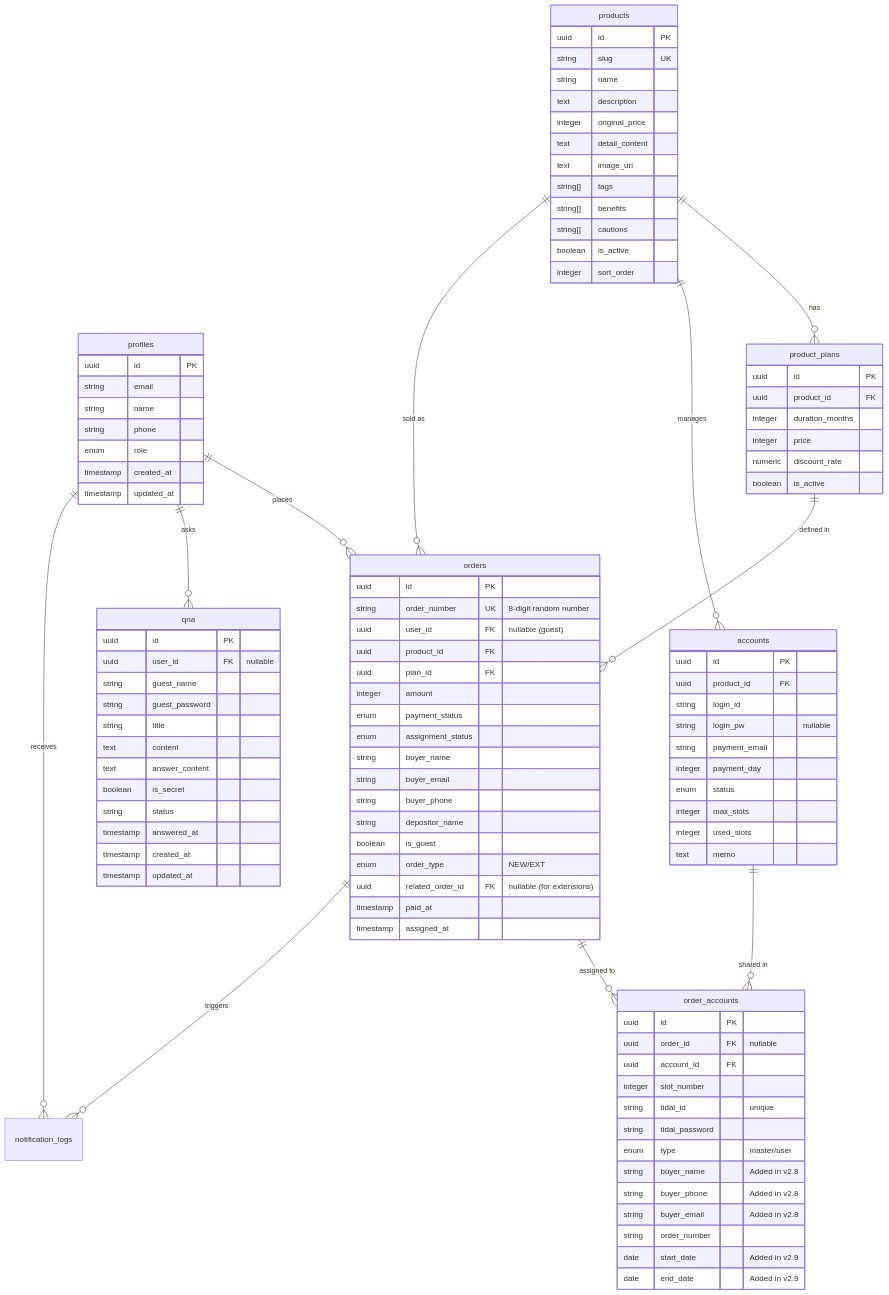
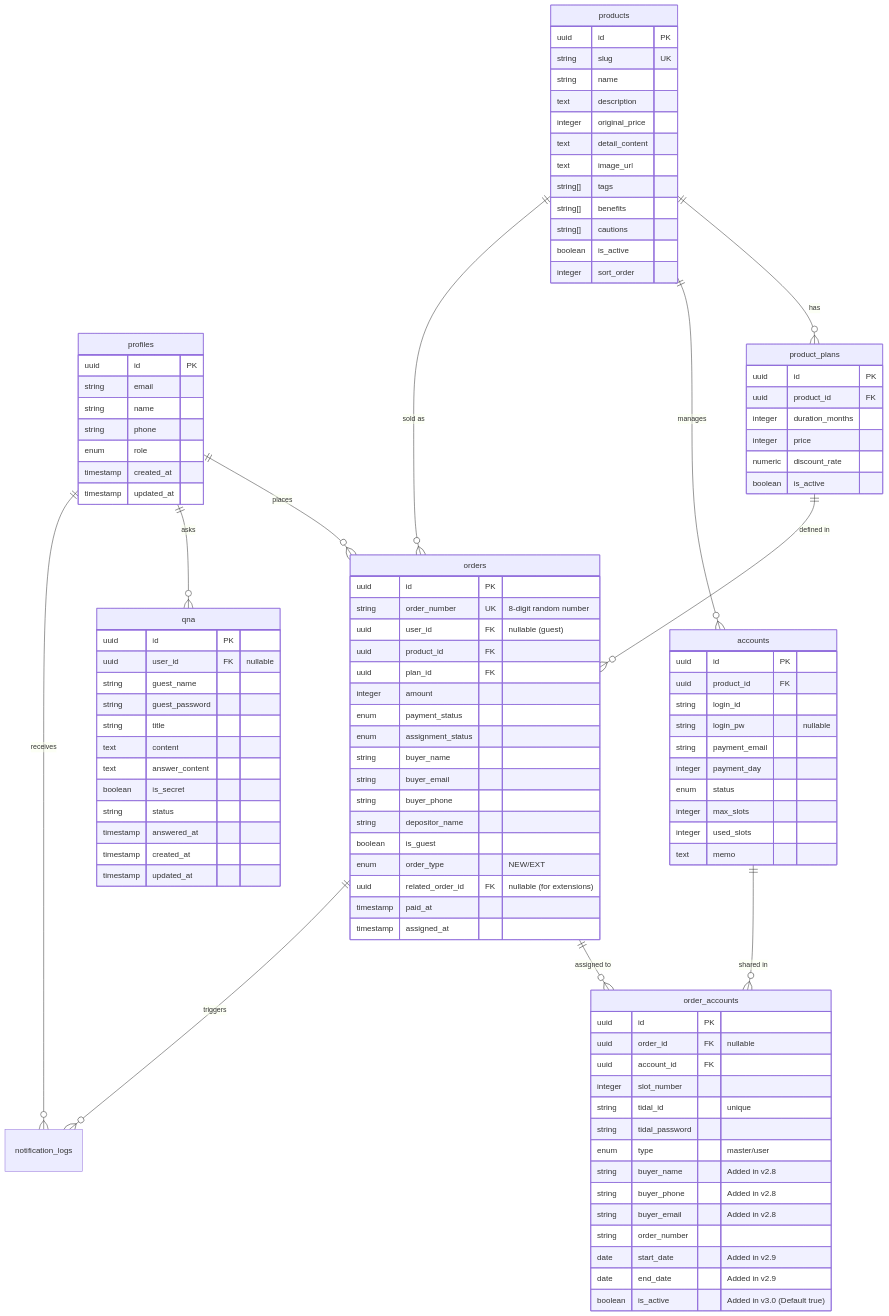
One commit to jeon28/dalbus changed the diagram in docs/db_schema.md. Above: the diagram before and after it, drawn with Mermaid. The commit also changed other lines of this file and 10 other files, not shown here.

```diff
--- a/docs/db_schema.md
+++ b/docs/db_schema.md
@@ -100,6 +100,7 @@
         string order_number
         date start_date "Added in v2.9"
         date end_date "Added in v2.9"
+        boolean is_active "Added in v3.0 (Default true)"
     }
     
     qna {
```
